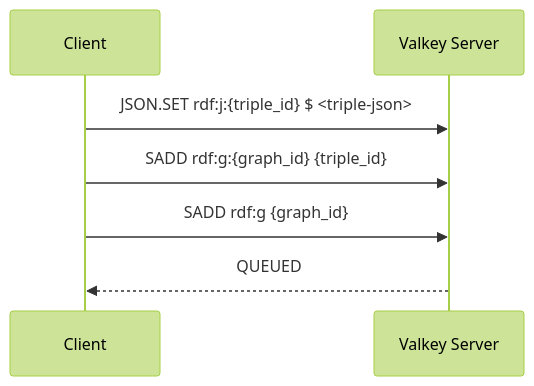
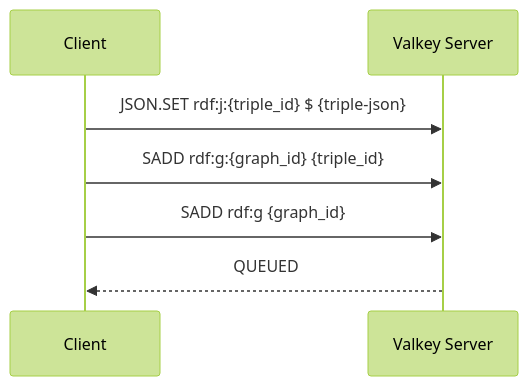
The second of 4 diagrams in lib/rdf-store-valkey/README.md (rust-rdf/rdf.rs), drawn with Mermaid (forest theme) before and after one commit. The commit also changed other lines of this file and 4 other files, not shown here.

Commit message:
Add Mermaid diagrams to inline docs.

````diff
--- a/lib/rdf-store-valkey/README.md
+++ b/lib/rdf-store-valkey/README.md
@@ -86,9 +86,9 @@
 ```mermaid
 sequenceDiagram
-    participant Client as Client
-    participant Valkey as Valkey Server
-    Client->>Valkey: JSON.SET rdf:j:{triple_id} $ <triple-json>
-    Client->>Valkey: SADD rdf:g:{graph_id} {triple_id}
-    Client->>Valkey: SADD rdf:g {graph_id}
-    Valkey-->>Client: QUEUED
+  participant Client as Client
+  participant Valkey as Valkey Server
+  Client->>Valkey: JSON.SET rdf:j:{triple_id} $ {triple-json}
+  Client->>Valkey: SADD rdf:g:{graph_id} {triple_id}
+  Client->>Valkey: SADD rdf:g {graph_id}
+  Valkey-->>Client: QUEUED
 ```
````
